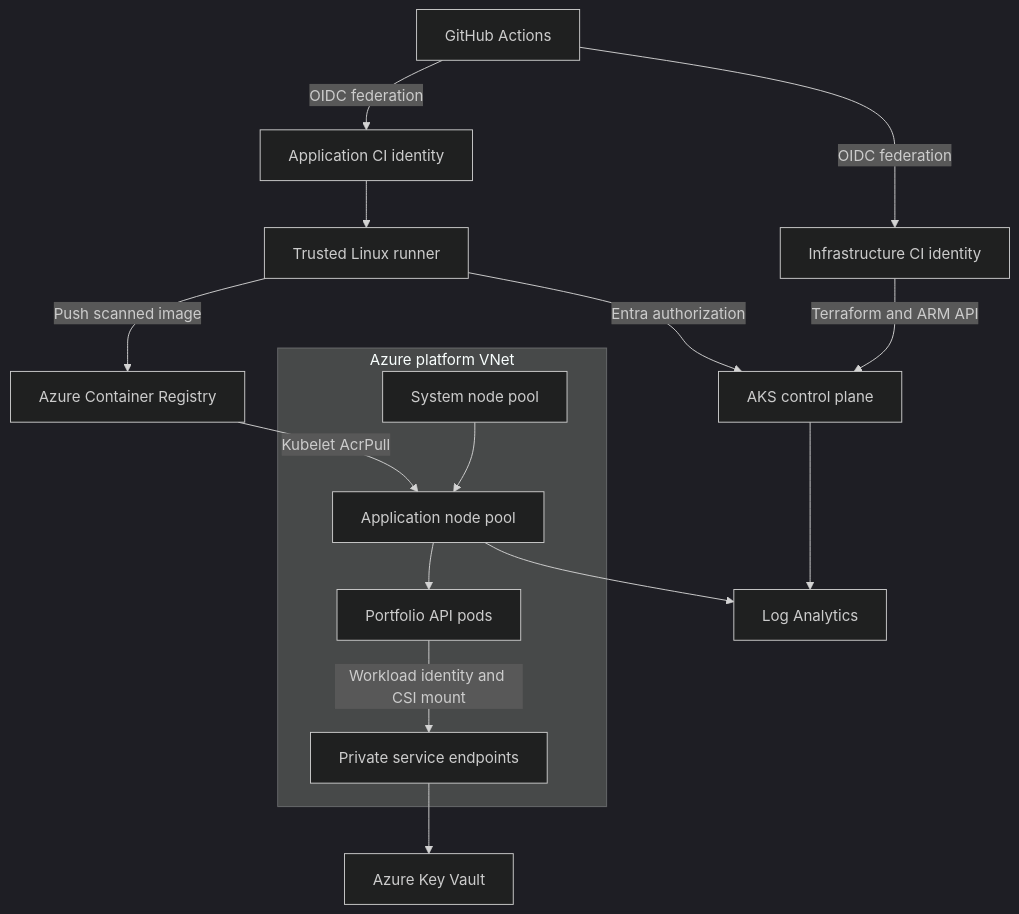
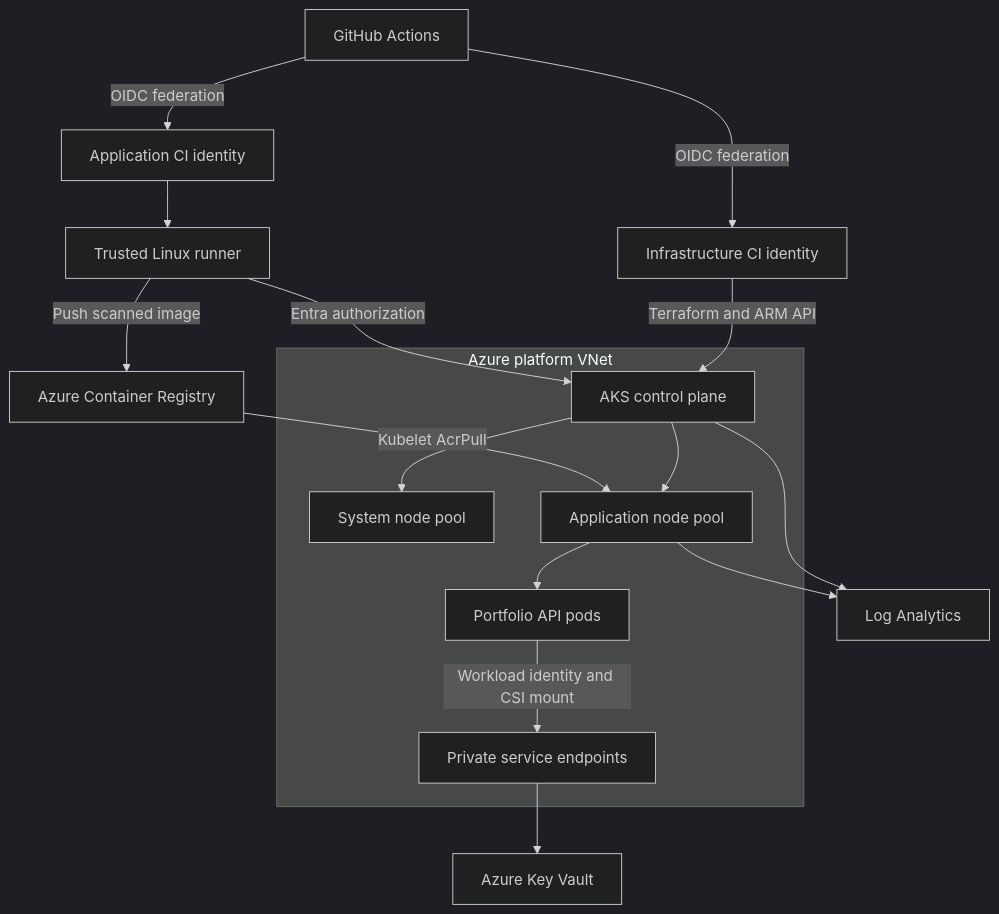
Before and after one commit to dotman01k/azure-aks-platform: the diagram in README.md, drawn with Mermaid (dark theme). The commit also changed other lines of this file and 1 other file, not shown here.

Commit message:
Record passing standalone validation and clarify architecture [skip ci]

````diff
--- a/README.md
+++ b/README.md
@@ -61,22 +61,23 @@
 ```mermaid
 flowchart TD
   GitHub[GitHub Actions] -->|OIDC federation| Infra[Infrastructure CI identity]
   GitHub -->|OIDC federation| Release[Application CI identity]
   Infra -->|Terraform and ARM API| Control[AKS control plane]
   Release --> Runner[Trusted Linux runner]
   Runner -->|Push scanned image| Registry[Azure Container Registry]
   Runner -->|Entra authorization| Control
   subgraph Network[Azure platform VNet]
     System[System node pool]
     Apps[Application node pool]
     Service[Portfolio API pods]
     Private[Private service endpoints]
-    System --> Apps
+    Control --> System
+    Control --> Apps
     Apps --> Service
     Service -->|Workload identity and CSI mount| Private
   end
   Registry -->|Kubelet AcrPull| Apps
   Private --> Vault[Azure Key Vault]
   Control --> Logs[Log Analytics]
   Apps --> Logs
 ```
````
